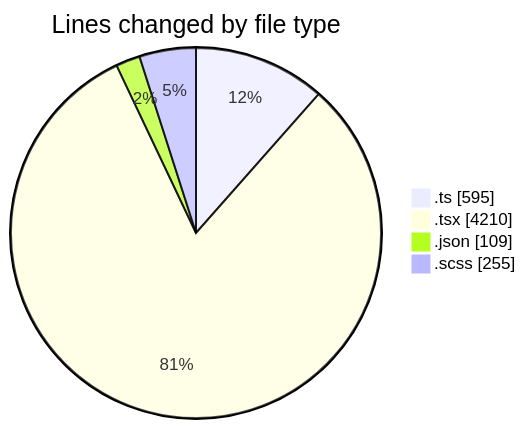
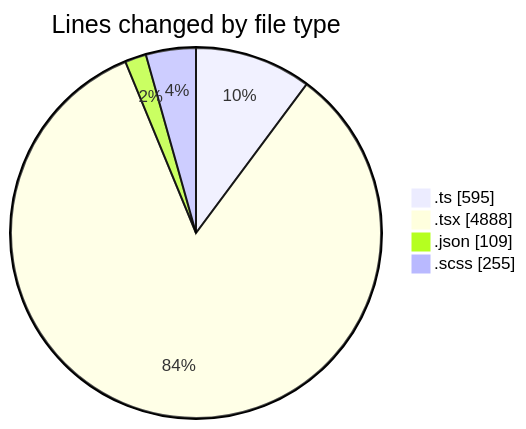
The first of 2 diagrams in 2025-07-04/cda/README.md (momahboobian/code-tracking), drawn with Mermaid before and after one commit. The commit also changed other lines of this file and 1 other file, not shown here.

````diff
--- a/2025-07-04/cda/README.md
+++ b/2025-07-04/cda/README.md
@@ -37,8 +40,8 @@
 ```mermaid
 pie showData
 title Lines changed by file type
 ".ts" : 595
-".tsx" : 4210
+".tsx" : 4888
 ".json" : 109
 ".scss" : 255
 ```
````
